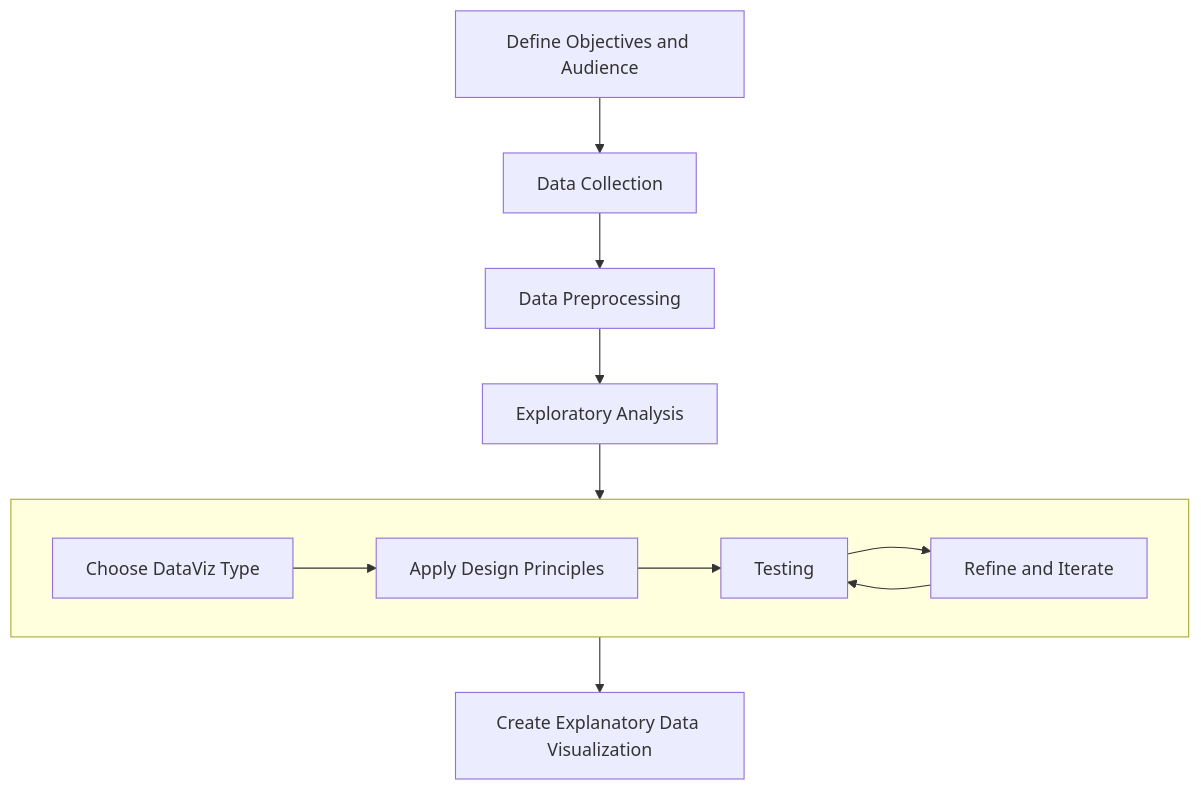
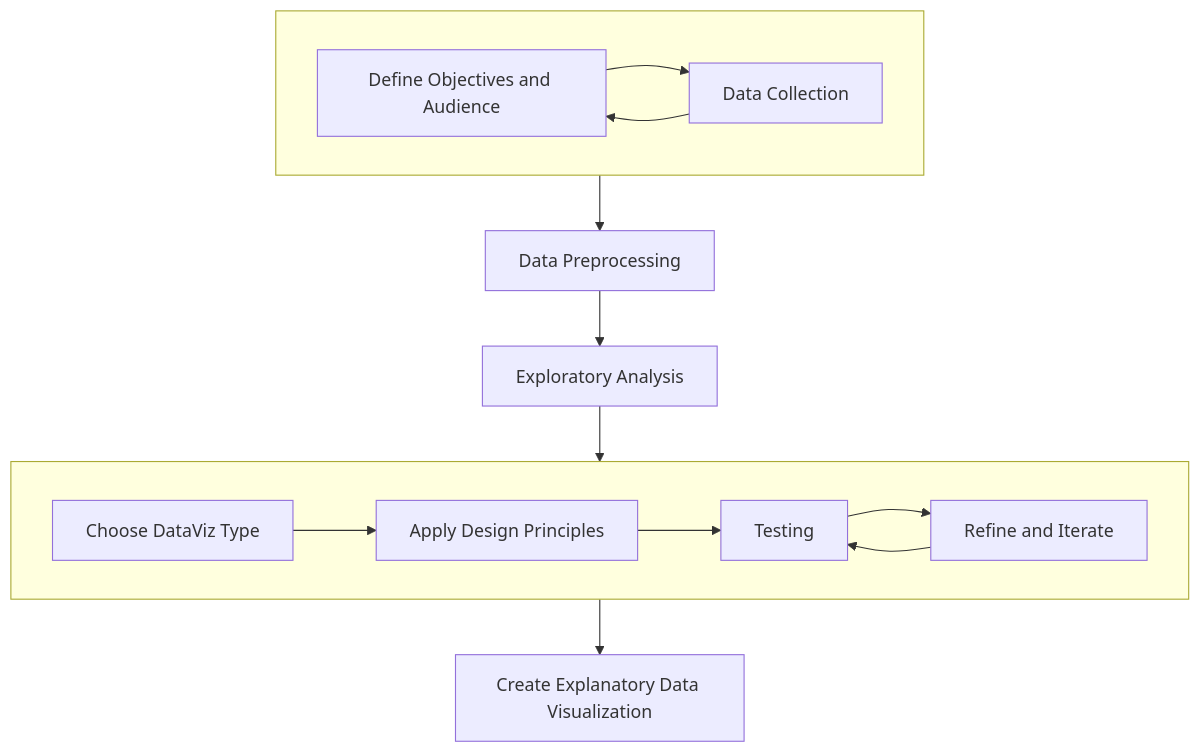
One commit to clairesunstudio/slidev-dataviz changed the diagram in week1.md. Above: the diagram before and after it, drawn with Mermaid. The commit also changed other lines of this file, not shown here.

````diff
--- a/week1.md
+++ b/week1.md
@@ -250,9 +248,14 @@
 ```mermaid {theme: 'neutral', scale: 0.8}
 flowchart TD
 subgraph ZA[" "]
 direction LR
+  Z0[Define Objectives and Audience] --> Z1[Data Collection] --> Z0
+end
+
+subgraph ZB[" "]
+direction LR
   B[Choose DataViz Type] --> C[Apply Design Principles] --> D[Testing] --> E[Refine and Iterate] --> D
 end
-Z0[Define Objectives and Audience] --> Z1[Data Collection] --> Z2[Data Preprocessing] --> Z3[Exploratory Analysis] --> ZA --> Z4[Create Explanatory Data Visualization]
+ ZA--> Z2[Data Preprocessing] --> Z3[Exploratory Analysis] --> ZB --> Z4[Create Explanatory Data Visualization]
 
 ```
````
